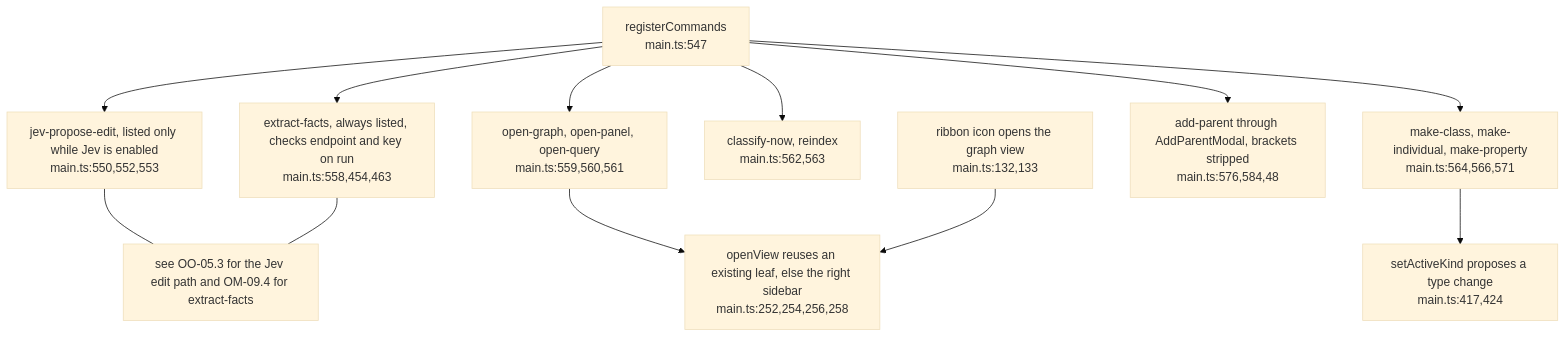
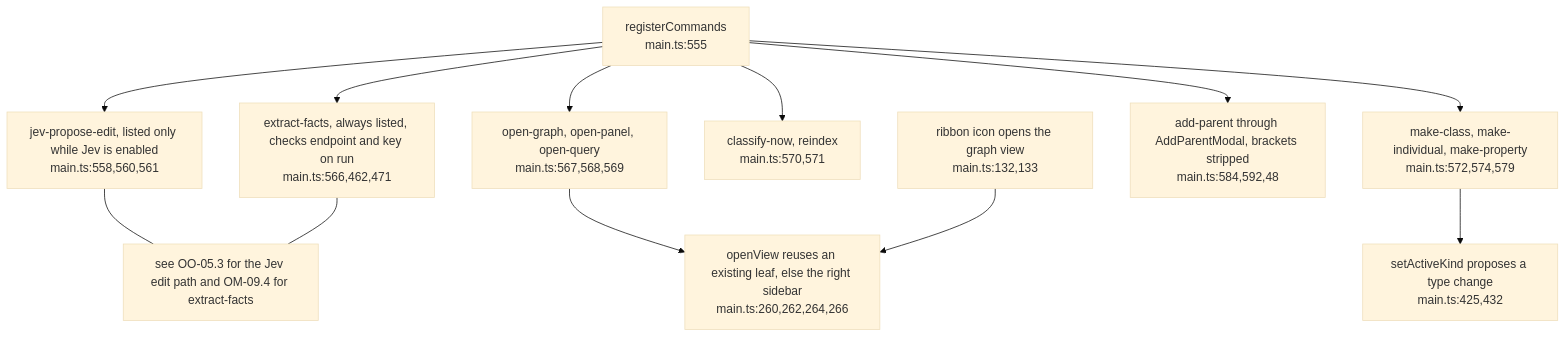
The first of 4 diagrams in docs/diagrams/ontomark-obsidian/02-commands-views-and-guarded-edits.md (DreamLab-AI/VisionFlow), drawn with Mermaid (base theme) before and after one commit. The commit also changed other lines of this file and 20 other files, not shown here.

First line of the commit message:
docs(diagrams): ontomark and ontomark-obsidian re-verified (graph 0.4.0, plugin 0.6.0)

````diff
--- a/docs/diagrams/ontomark-obsidian/02-commands-views-and-guarded-edits.md
+++ b/docs/diagrams/ontomark-obsidian/02-commands-views-and-guarded-edits.md
@@ -28,25 +28,25 @@
 ```mermaid
 flowchart TD
-    REG["registerCommands<br/>main.ts:547"]
-    JEV["jev-propose-edit, listed only while Jev is enabled<br/>main.ts:550,552,553"]
-    EXT["extract-facts, always listed, checks endpoint and key on run<br/>main.ts:558,454,463"]
-    OPEN["open-graph, open-panel, open-query<br/>main.ts:559,560,561"]
-    CLS["classify-now, reindex<br/>main.ts:562,563"]
-    KIND["make-class, make-individual, make-property<br/>main.ts:564,566,571"]
-    PAR["add-parent through AddParentModal, brackets stripped<br/>main.ts:576,584,48"]
+    REG["registerCommands<br/>main.ts:555"]
+    JEV["jev-propose-edit, listed only while Jev is enabled<br/>main.ts:558,560,561"]
+    EXT["extract-facts, always listed, checks endpoint and key on run<br/>main.ts:566,462,471"]
+    OPEN["open-graph, open-panel, open-query<br/>main.ts:567,568,569"]
+    CLS["classify-now, reindex<br/>main.ts:570,571"]
+    KIND["make-class, make-individual, make-property<br/>main.ts:572,574,579"]
+    PAR["add-parent through AddParentModal, brackets stripped<br/>main.ts:584,592,48"]
     RIB["ribbon icon opens the graph view<br/>main.ts:132,133"]
     REG --> JEV
     REG --> EXT
     REG --> OPEN
     REG --> CLS
     REG --> KIND
     REG --> PAR
-    OV["openView reuses an existing leaf, else the right sidebar<br/>main.ts:252,254,256,258"]
+    OV["openView reuses an existing leaf, else the right sidebar<br/>main.ts:260,262,264,266"]
     OPEN --> OV
     RIB --> OV
-    SK["setActiveKind proposes a type change<br/>main.ts:417,424"]
+    SK["setActiveKind proposes a type change<br/>main.ts:425,432"]
     KIND --> SK
     NOTE1["see OO-05.3 for the Jev edit path and OM-09.4 for extract-facts"]
     JEV --- NOTE1
     EXT --- NOTE1
 ```
````
